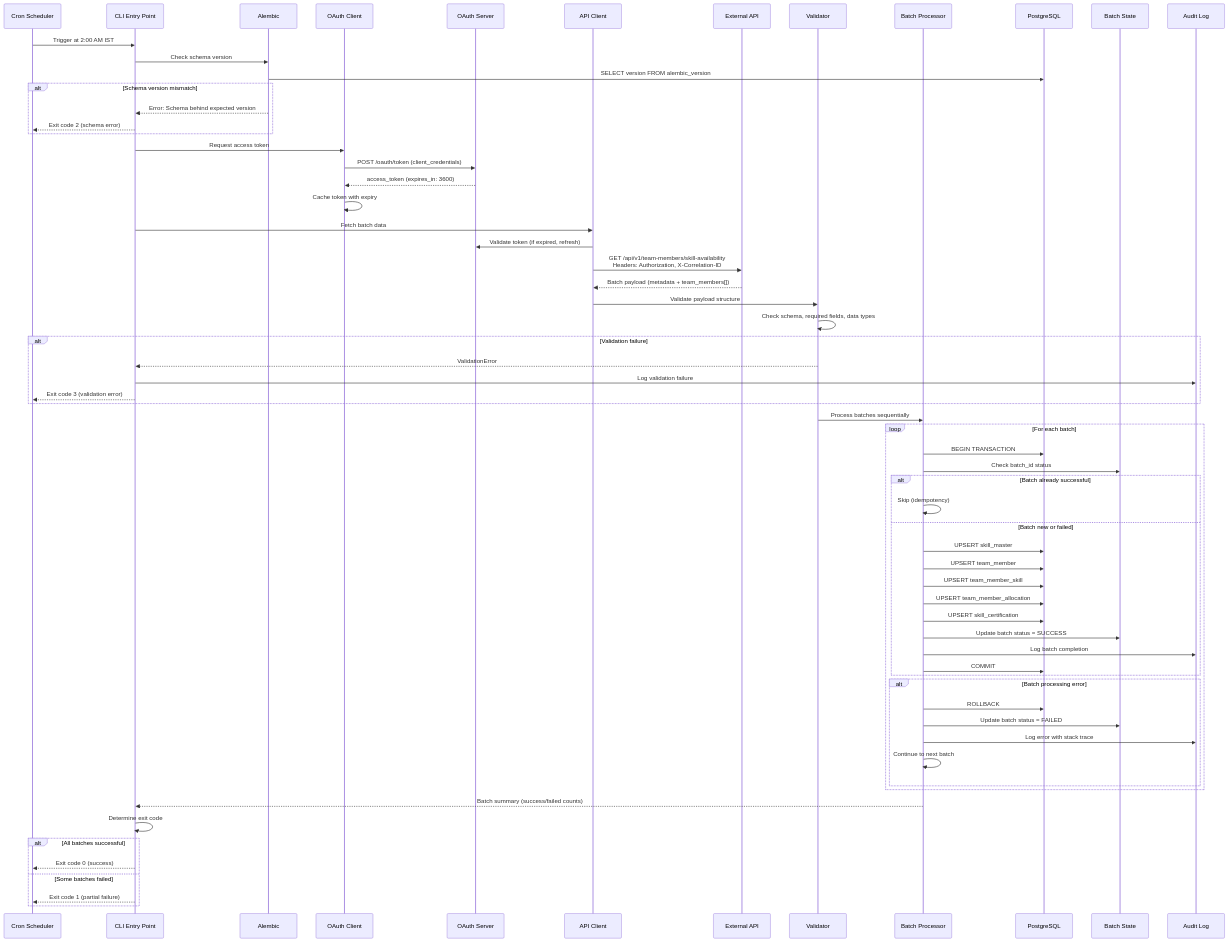
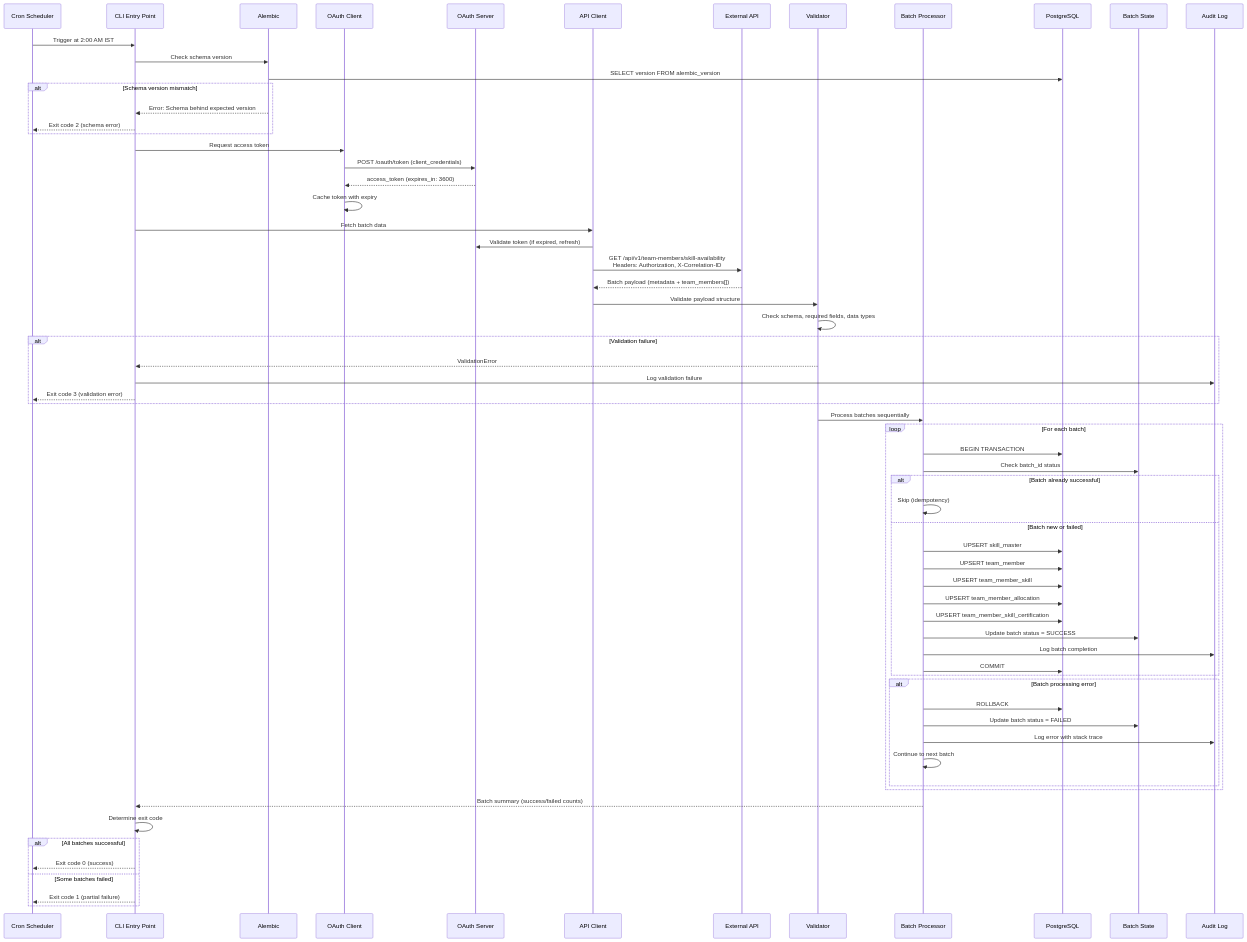
Before and after one commit to aaryaa-infobeans/ib-job-skill-mapping-system: the second of 4 diagrams in specs/cron/architecture.md, drawn with Mermaid. The commit also changed other lines of this file and 57 other files, not shown here.

````diff
--- a/specs/cron/architecture.md
+++ b/specs/cron/architecture.md
@@ -93,79 +93,79 @@
 ```mermaid
 sequenceDiagram
     participant CRON as Cron Scheduler
     participant CLI as CLI Entry Point
     participant ALEMBIC as Alembic
     participant AUTH as OAuth Client
     participant EXT_AUTH as OAuth Server
     participant API as API Client
     participant EXT_API as External API
     participant VAL as Validator
     participant PROC as Batch Processor
     participant DB as PostgreSQL
     participant STATE as Batch State
     participant AUDIT as Audit Log
     
     CRON->>CLI: Trigger at 2:00 AM IST
     CLI->>ALEMBIC: Check schema version
     ALEMBIC->>DB: SELECT version FROM alembic_version
     
     alt Schema version mismatch
         ALEMBIC-->>CLI: Error: Schema behind expected version
         CLI-->>CRON: Exit code 2 (schema error)
     end
     
     CLI->>AUTH: Request access token
     AUTH->>EXT_AUTH: POST /oauth/token (client_credentials)
     EXT_AUTH-->>AUTH: access_token (expires_in: 3600)
     AUTH->>AUTH: Cache token with expiry
     
     CLI->>API: Fetch batch data
     API->>EXT_AUTH: Validate token (if expired, refresh)
     API->>EXT_API: GET /api/v1/team-members/skill-availability<br/>Headers: Authorization, X-Correlation-ID
     EXT_API-->>API: Batch payload (metadata + team_members[])
     
     API->>VAL: Validate payload structure
     VAL->>VAL: Check schema, required fields, data types
     
     alt Validation failure
         VAL-->>CLI: ValidationError
         CLI->>AUDIT: Log validation failure
         CLI-->>CRON: Exit code 3 (validation error)
     end
     
     VAL->>PROC: Process batches sequentially
     
     loop For each batch
         PROC->>DB: BEGIN TRANSACTION
         PROC->>STATE: Check batch_id status
         
         alt Batch already successful
             PROC->>PROC: Skip (idempotency)
         else Batch new or failed
             PROC->>DB: UPSERT skill_master
             PROC->>DB: UPSERT team_member
             PROC->>DB: UPSERT team_member_skill
             PROC->>DB: UPSERT team_member_allocation
-            PROC->>DB: UPSERT skill_certification
+            PROC->>DB: UPSERT team_member_skill_certification
             PROC->>STATE: Update batch status = SUCCESS
             PROC->>AUDIT: Log batch completion
             PROC->>DB: COMMIT
         end
         
         alt Batch processing error
             PROC->>DB: ROLLBACK
             PROC->>STATE: Update batch status = FAILED
             PROC->>AUDIT: Log error with stack trace
             PROC->>PROC: Continue to next batch
         end
     end
     
     PROC-->>CLI: Batch summary (success/failed counts)
     CLI->>CLI: Determine exit code
     
     alt All batches successful
         CLI-->>CRON: Exit code 0 (success)
     else Some batches failed
         CLI-->>CRON: Exit code 1 (partial failure)
     end
 ```
````
